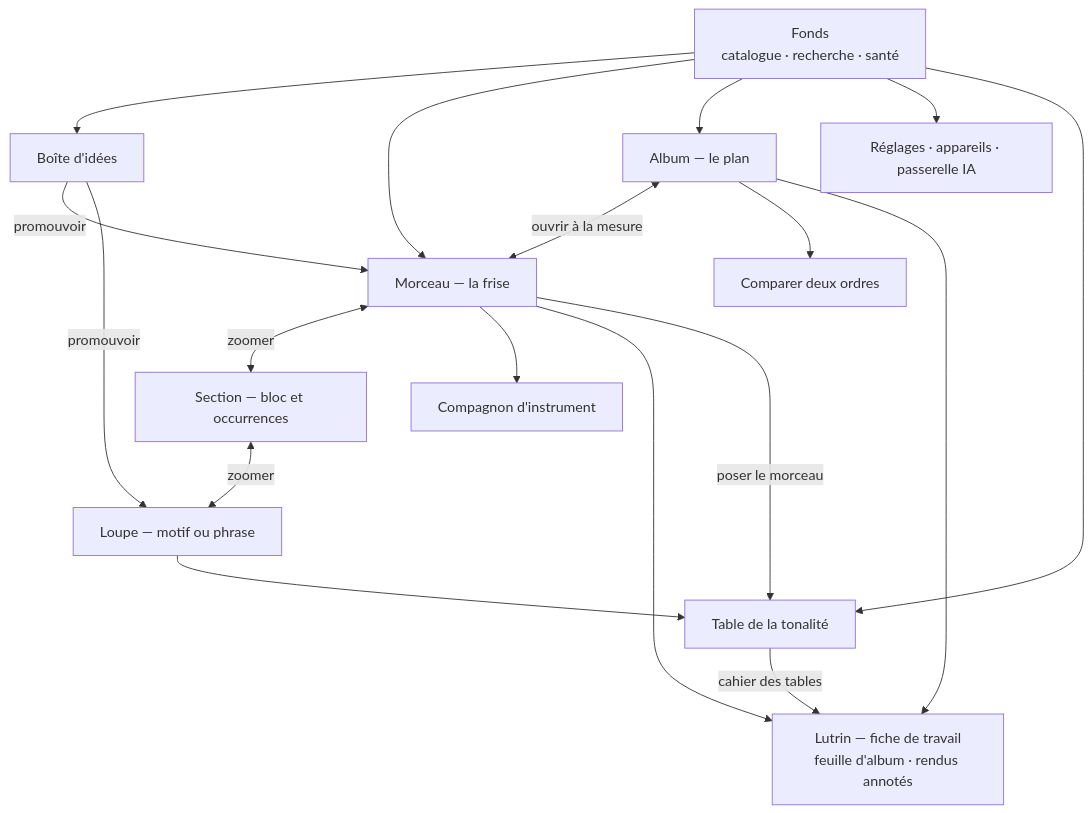
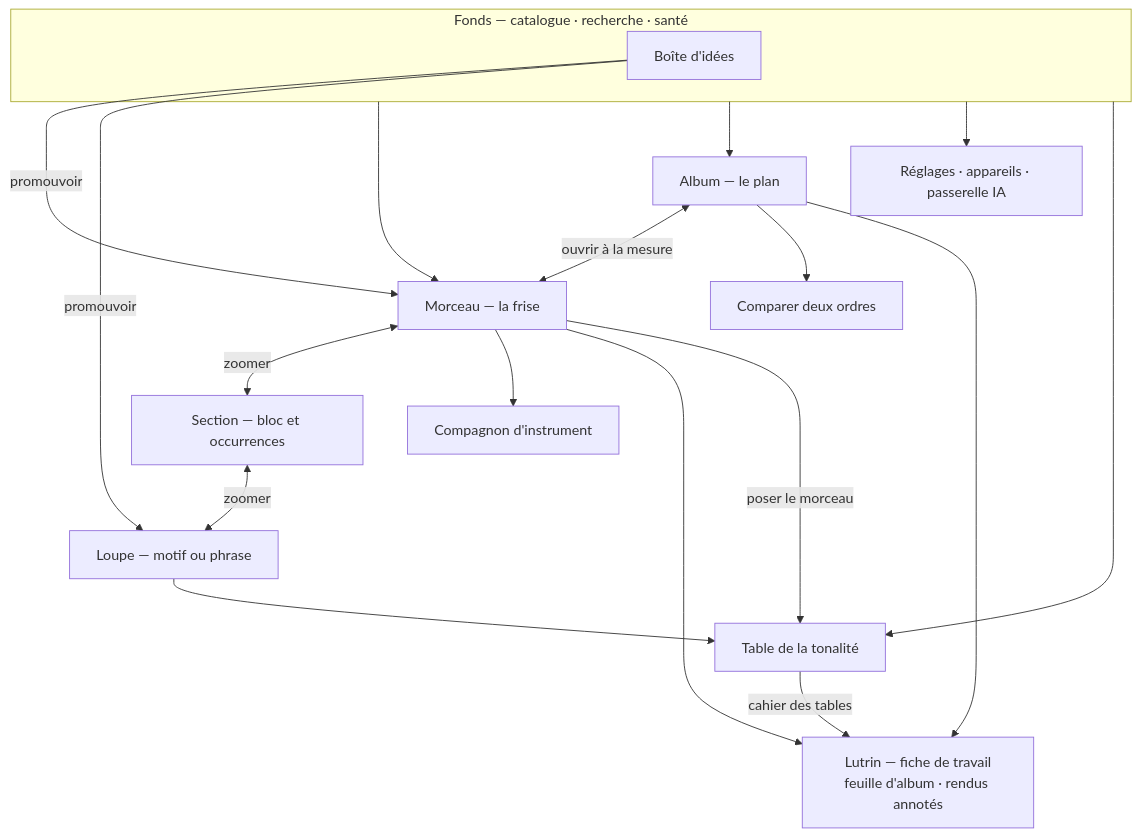
Before and after one commit to EdouardZemb/pupitre: the diagram in docs/50-interfaces-et-appareils.md, drawn with Mermaid. The commit also changed other lines of this file and 16 other files, not shown here.

First line of the commit message:
feat: la vue du fonds, sa recherche, ses requêtes enregistrées et son journal (#48)

````diff
--- a/docs/50-interfaces-et-appareils.md
+++ b/docs/50-interfaces-et-appareils.md
@@ -49,31 +49,31 @@
 ```mermaid
 flowchart TB
-  F["Fonds<br/>catalogue · recherche · santé"]
-  B["Boîte d'idées"]
+  subgraph F["Fonds — catalogue · recherche · santé"]
+    B["Boîte d'idées"]
+  end
   M["Morceau — la frise"]
   S["Section — bloc et occurrences"]
   P["Loupe — motif ou phrase"]
   A["Album — le plan"]
   O["Comparer deux ordres"]
   C["Compagnon d'instrument"]
   T["Table de la tonalité"]
   L["Lutrin — fiche de travail<br/>feuille d'album · rendus annotés"]
   R["Réglages · appareils · passerelle IA"]
-  F --> B
   F --> M
   F --> A
   F --> R
   F --> T
   B -->|promouvoir| M
   B -->|promouvoir| P
   M <-->|zoomer| S
   S <-->|zoomer| P
   A <-->|"ouvrir à la mesure"| M
   A --> O
   M --> C
   M --> L
   A --> L
   P --> T
   M -->|"poser le morceau"| T
   T -->|"cahier des tables"| L
 ```
````
